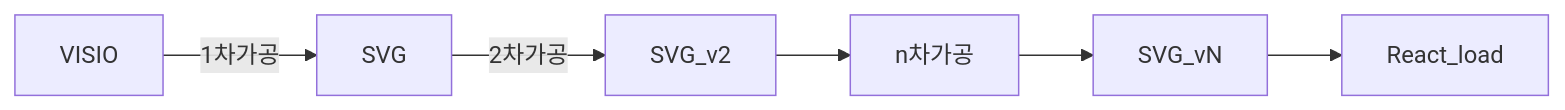
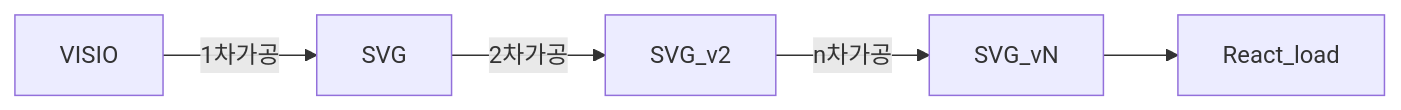
Before and after one commit to grapefr/temporary: the diagram in README.md, drawn with Mermaid. The commit also changed other lines of this file, not shown here.

````diff
--- a/README.md
+++ b/README.md
@@ -26,4 +26,4 @@
 ```mermaid
 flowchart LR
-    VISIO -- 1차가공 --> SVG -- 2차가공 --> SVG_v2 --> n차가공 --> SVG_vN --> React_load
+    VISIO -- 1차가공 --> SVG -- 2차가공 --> SVG_v2 -- n차가공 --> SVG_vN --> React_load
 ```
````
